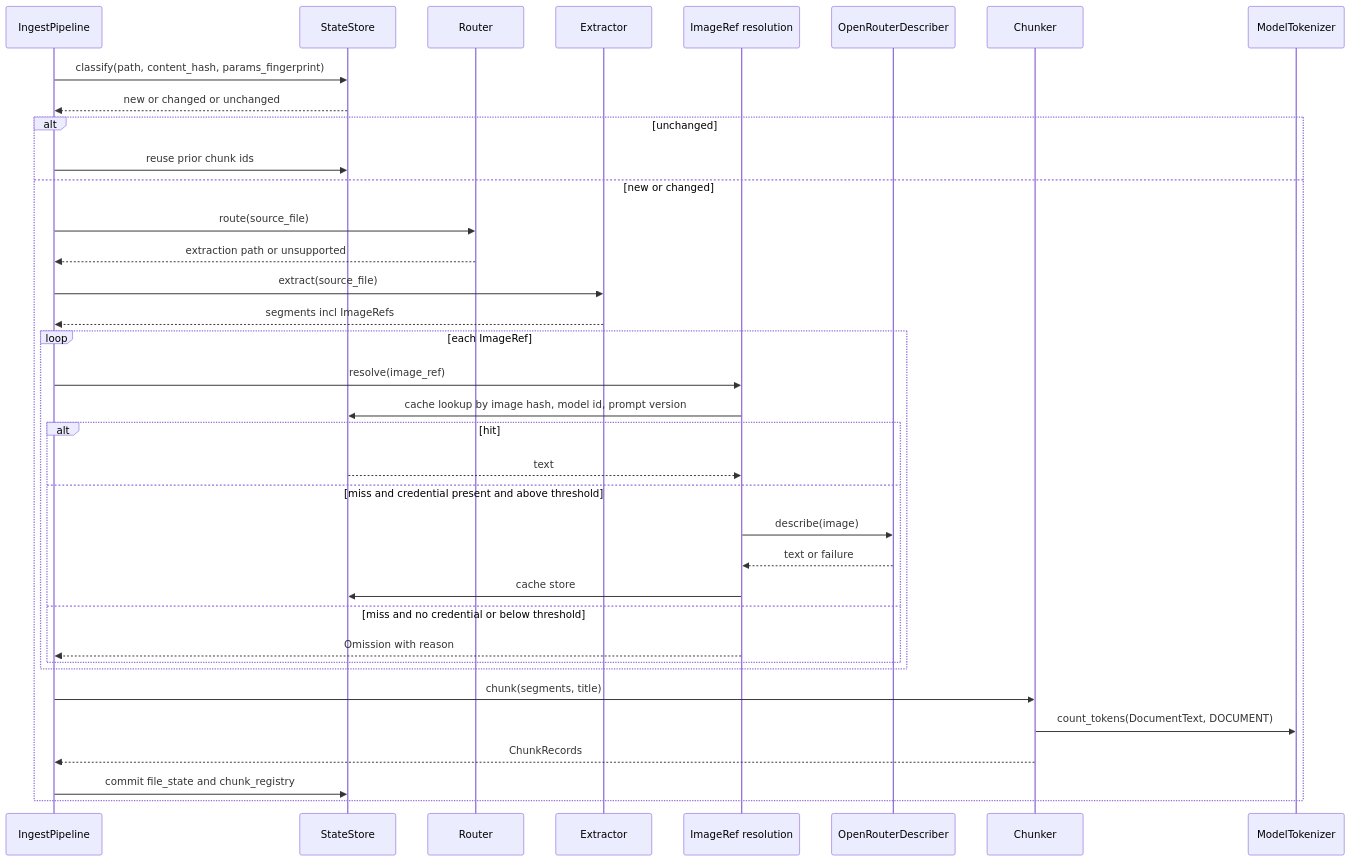
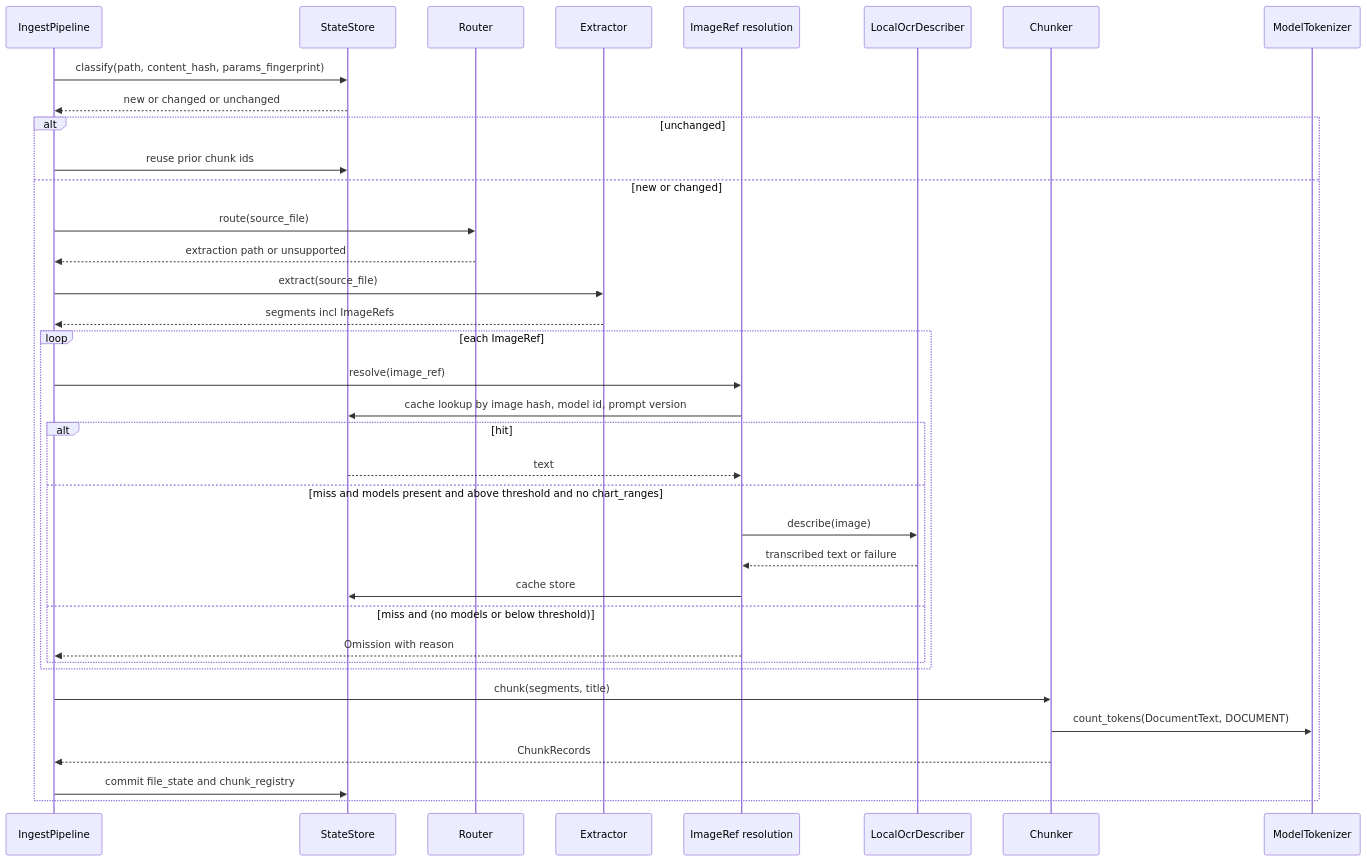
The second of 3 diagrams in .kiro/specs/document-ingest/design.md (norandom/npu_rag_from_folder), drawn with Mermaid before and after one commit. The commit also changed other lines of this file and 5 other files, not shown here.

First line of the commit message:
spec(document-ingest): replace OpenRouter with local det+rec OCR

````diff
--- a/.kiro/specs/document-ingest/design.md
+++ b/.kiro/specs/document-ingest/design.md
@@ -186,39 +184,39 @@
 ```mermaid
 sequenceDiagram
     participant P as IngestPipeline
     participant S as StateStore
     participant R as Router
     participant X as Extractor
     participant V as ImageRef resolution
-    participant D as OpenRouterDescriber
+    participant D as LocalOcrDescriber
     participant C as Chunker
     participant T as ModelTokenizer
 
     P->>S: classify(path, content_hash, params_fingerprint)
     S-->>P: new or changed or unchanged
     alt unchanged
         P->>S: reuse prior chunk ids
     else new or changed
         P->>R: route(source_file)
         R-->>P: extraction path or unsupported
         P->>X: extract(source_file)
         X-->>P: segments incl ImageRefs
         loop each ImageRef
             P->>V: resolve(image_ref)
             V->>S: cache lookup by image hash, model id, prompt version
             alt hit
                 S-->>V: text
-            else miss and credential present and above threshold
+            else miss and models present and above threshold and no chart_ranges
                 V->>D: describe(image)
-                D-->>V: text or failure
+                D-->>V: transcribed text or failure
                 V->>S: cache store
-            else miss and no credential or below threshold
+            else miss and (no models or below threshold)
                 V-->>P: Omission with reason
             end
         end
         P->>C: chunk(segments, title)
         C->>T: count_tokens(DocumentText, DOCUMENT)
         C-->>P: ChunkRecords
         P->>S: commit file_state and chunk_registry
     end
 ```
````
